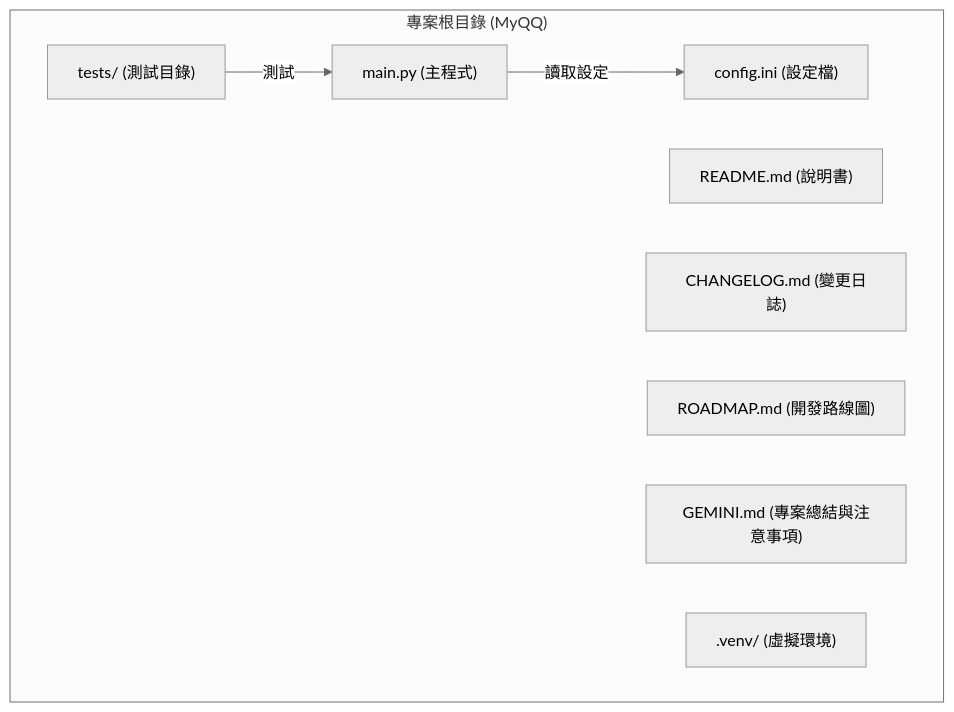
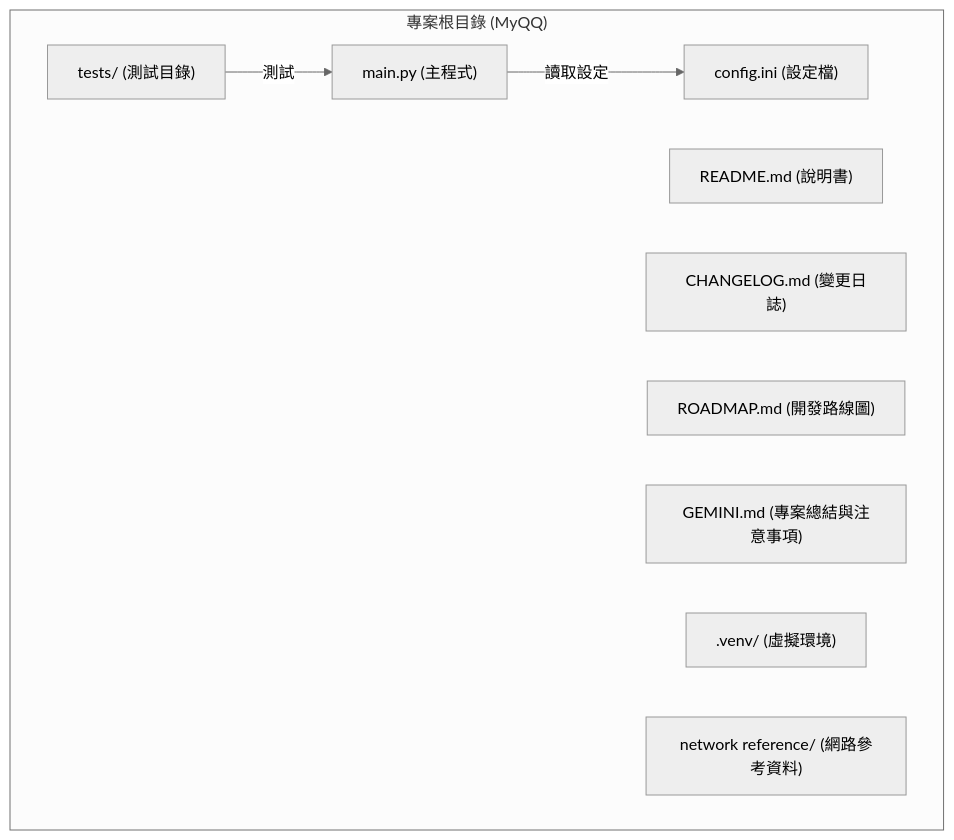
One commit to ChingHaoHuang/Network_Switcher changed the first of 2 diagrams in README.md. Above: the diagram before and after it, drawn with Mermaid (neutral theme). The commit also changed 2 other files, not shown here.

Commit message:
docs: 更新文件以反映 Proxy 功能和參考資料夾
此提交更新了專案文件，以確保與最新功能和新增的參考資料夾保持一致。

- 更新 `README.md` 中的專案架構圖，納入 `network reference/` 資料夾。
- 更新 `PROJECT_STANDARDS.md` 中的專案架構規範，納入 `network reference/` 資料夾。
- 更新 `CHANGELOG.md`，新增 `0.3.0` 版本條目，記錄「設定系統 Proxy」功能和 `network reference/` 資料夾的加入。

````diff
--- a/README.md
+++ b/README.md
@@ -14,17 +14,18 @@
 ```mermaid
 graph TD
     subgraph "專案根目錄 (MyQQ)"
         A["main.py (主程式)"]
         B["config.ini (設定檔)"]
         C["tests/ (測試目錄)"]
         D["README.md (說明書)"]
         E["CHANGELOG.md (變更日誌)"]
         F["ROADMAP.md (開發路線圖)"]
         H["GEMINI.md (專案總結與注意事項)"]
         I[".venv/ (虛擬環境)"]
+        J["network reference/ (網路參考資料)"]
     end
 
     A -- "讀取設定" --> B
     C -- "測試" --> A
 
 ```
````
